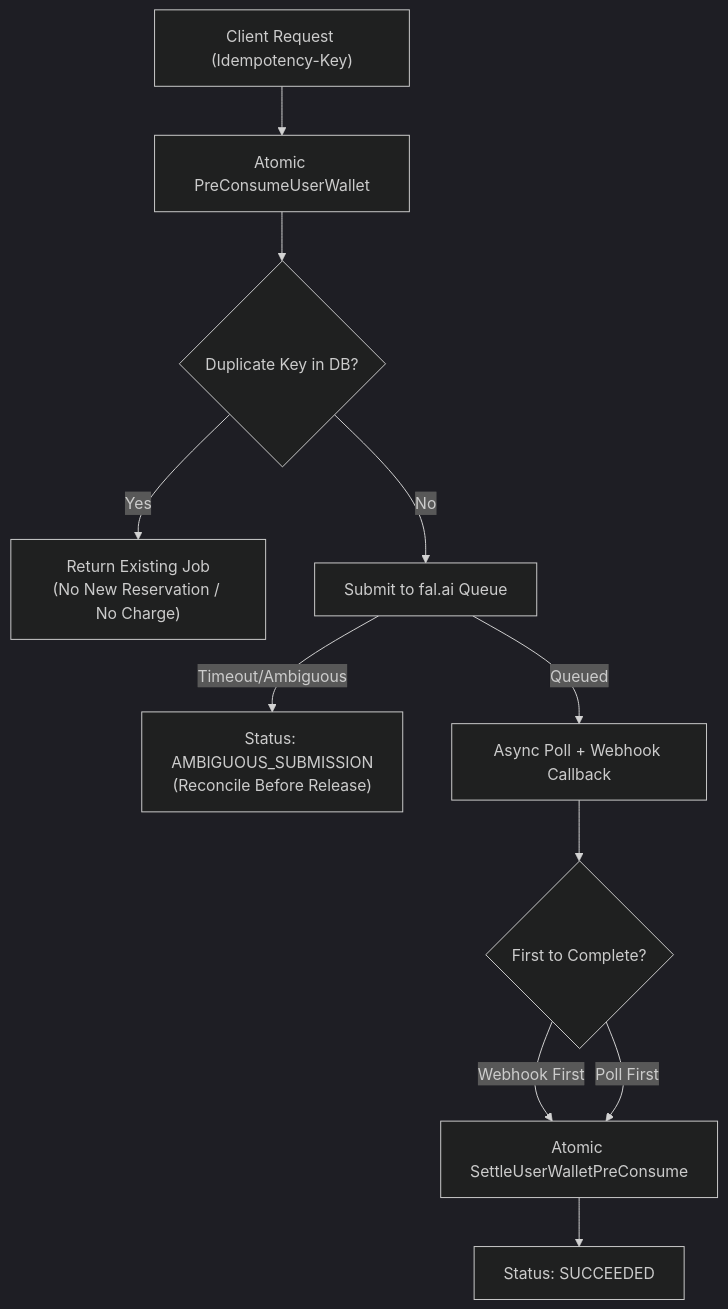
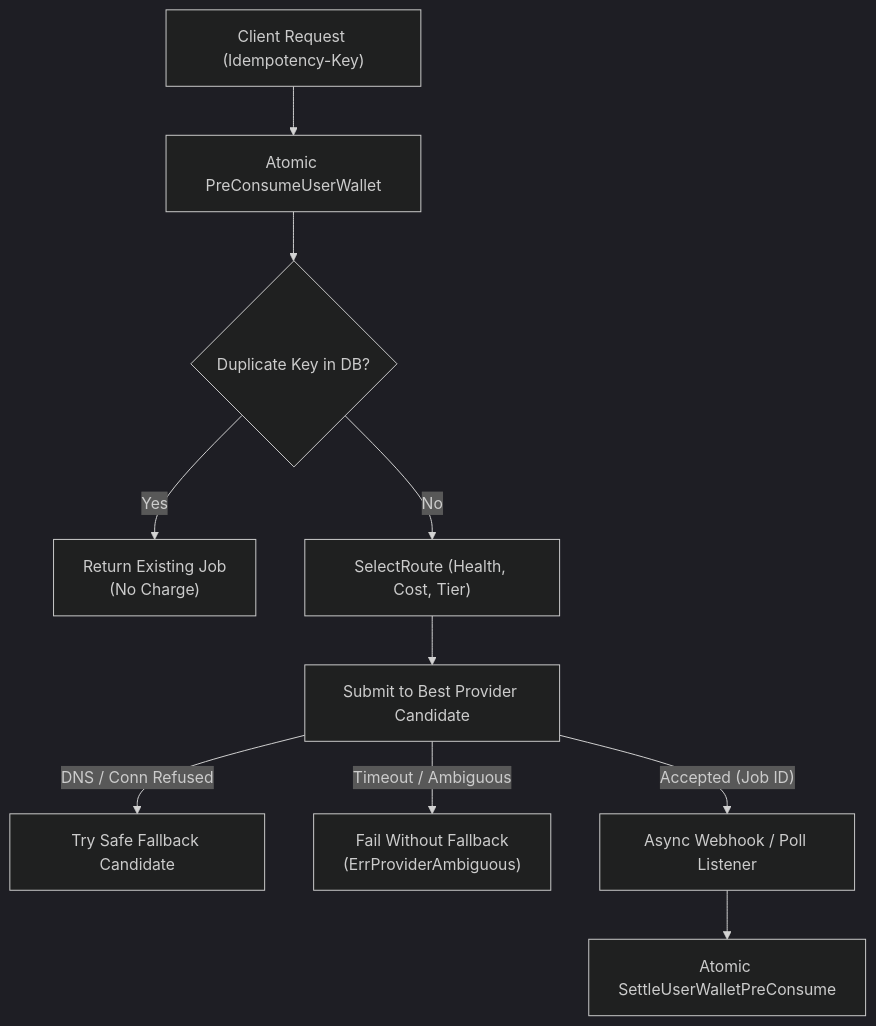
The diagram in docs/ai/TORA_STUDIO_PROVIDER_MATRIX.md (createrwebs/new-api), drawn with Mermaid (dark theme) before and after one commit. The commit also changed other lines of this file and 19 other files, not shown here.

````diff
--- a/docs/ai/TORA_STUDIO_PROVIDER_MATRIX.md
+++ b/docs/ai/TORA_STUDIO_PROVIDER_MATRIX.md
@@ -117,13 +86,12 @@
 ```mermaid
 flowchart TD
     Client["Client Request (Idempotency-Key)"] --> QuotaCheck["Atomic PreConsumeUserWallet"]
     QuotaCheck --> CheckDB{"Duplicate Key in DB?"}
-    CheckDB -- Yes --> ReturnExisting["Return Existing Job<br/>(No New Reservation / No Charge)"]
-    CheckDB -- No --> ProviderSubmit["Submit to fal.ai Queue"]
-    ProviderSubmit -- Timeout/Ambiguous --> HoldReservation["Status: AMBIGUOUS_SUBMISSION<br/>(Reconcile Before Release)"]
-    ProviderSubmit -- Queued --> DispatchPollWebhook["Async Poll + Webhook Callback"]
-    DispatchPollWebhook --> FirstTerminal{"First to Complete?"}
-    FirstTerminal -- Webhook First --> SettleQuota["Atomic SettleUserWalletPreConsume"]
-    FirstTerminal -- Poll First --> SettleQuota
-    SettleQuota --> MarkSucceeded["Status: SUCCEEDED"]
+    CheckDB -- Yes --> ReturnExisting["Return Existing Job<br/>(No Charge)"]
+    CheckDB -- No --> RouteSelect["SelectRoute (Health, Cost, Tier)"]
+    RouteSelect --> SubmitCandidate["Submit to Best Provider Candidate"]
+    SubmitCandidate -- DNS / Conn Refused --> TryNextCandidate["Try Safe Fallback Candidate"]
+    SubmitCandidate -- Timeout / Ambiguous --> FailNoFallback["Fail Without Fallback<br/>(ErrProviderAmbiguous)"]
+    SubmitCandidate -- Accepted (Job ID) --> WaitWebhookPoll["Async Webhook / Poll Listener"]
+    WaitWebhookPoll --> SettleWallet["Atomic SettleUserWalletPreConsume"]
 ```
````
